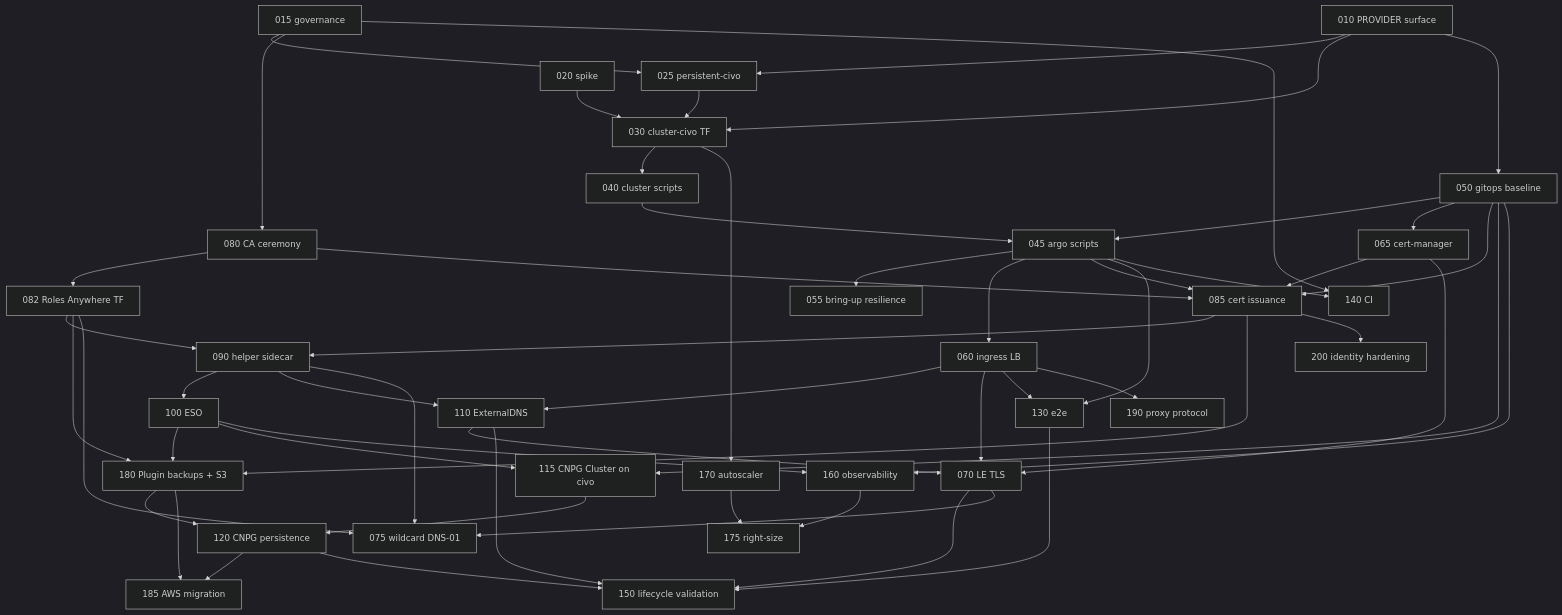
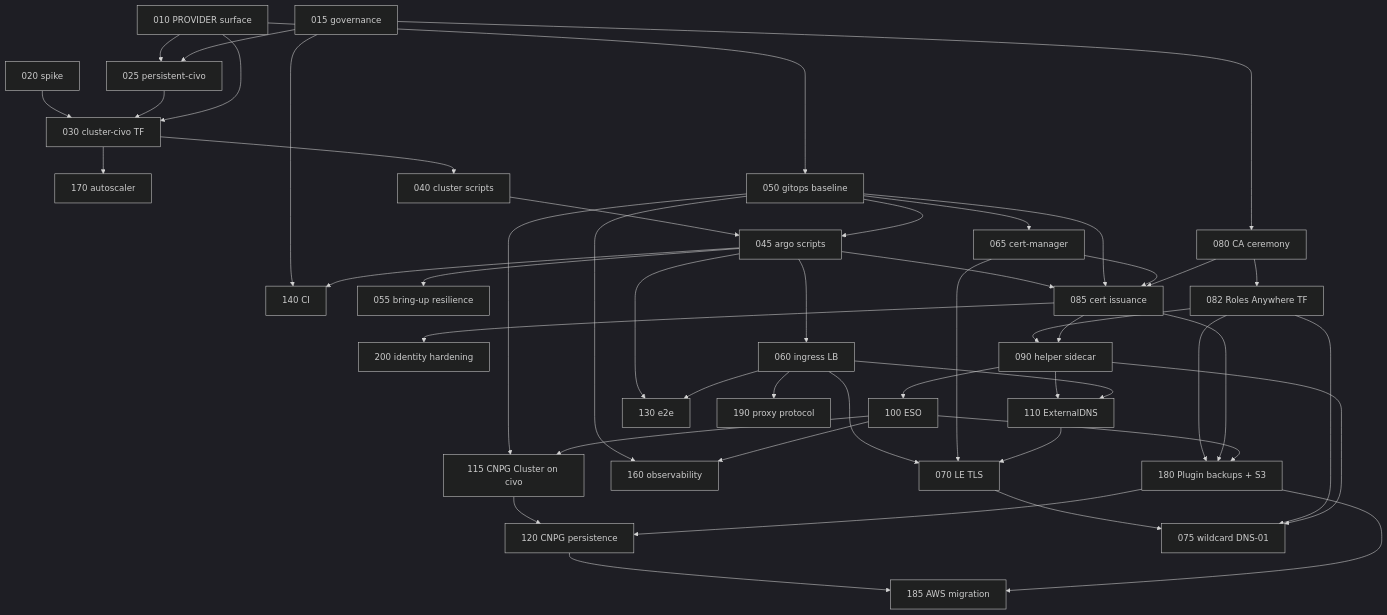
The diagram in specs/civo/roadmap.md (savak1990/vk-lab-platform), drawn with Mermaid (dark theme) before and after one commit. The commit also changed other lines of this file and 57 other files, not shown here.

First line of the commit message:
Retire the lifecycle-validation specs, right-size once, and make the node type a dropdown (#88)

````diff
--- a/specs/civo/roadmap.md
+++ b/specs/civo/roadmap.md
@@ -13,56 +13,50 @@
 ```mermaid
 flowchart TD
   010[010 PROVIDER surface] --> 025[025 persistent-civo]
   015[015 governance] --> 025
   015 --> 080[080 CA ceremony]
   015 --> 140[140 CI]
   020[020 spike] --> 030[030 cluster-civo TF]
   025 --> 030
   010 --> 030
   010 --> 050[050 gitops baseline]
   030 --> 040[040 cluster scripts]
   030 --> 170[170 autoscaler]
   040 --> 045[045 argo scripts]
   050 --> 045
   045 --> 055[055 bring-up resilience]
   045 --> 060[060 ingress LB]
   050 --> 065[065 cert-manager]
   080 --> 082[082 Roles Anywhere TF]
   045 --> 085[085 cert issuance]
   050 --> 085
   065 --> 085
   080 --> 085
   082 --> 090[090 helper sidecar]
   085 --> 090
   090 --> 100[100 ESO]
   090 --> 110[110 ExternalDNS]
   060 --> 110
   060 --> 070[070 LE TLS]
   065 --> 070
   110 --> 070
   082 --> 180[180 Plugin backups + S3]
   085 --> 180
   100 --> 180
   050 --> 115[115 CNPG Cluster on civo]
   100 --> 115
   115 --> 120[120 CNPG persistence]
   180 --> 120
   120 --> 185[185 AWS migration]
   180 --> 185
   045 --> 130[130 e2e]
   060 --> 130
   045 --> 140
   050 --> 160[160 observability]
   100 --> 160
-  120 --> 150[150 lifecycle validation]
-  110 --> 150
-  070 --> 150
   070 --> 075[075 wildcard DNS-01]
   082 --> 075
   090 --> 075
-  130 --> 150
-  160 --> 175[175 right-size]
-  170 --> 175
   060 --> 190[190 proxy protocol]
   085 --> 200[200 identity hardening]
 ```
````
